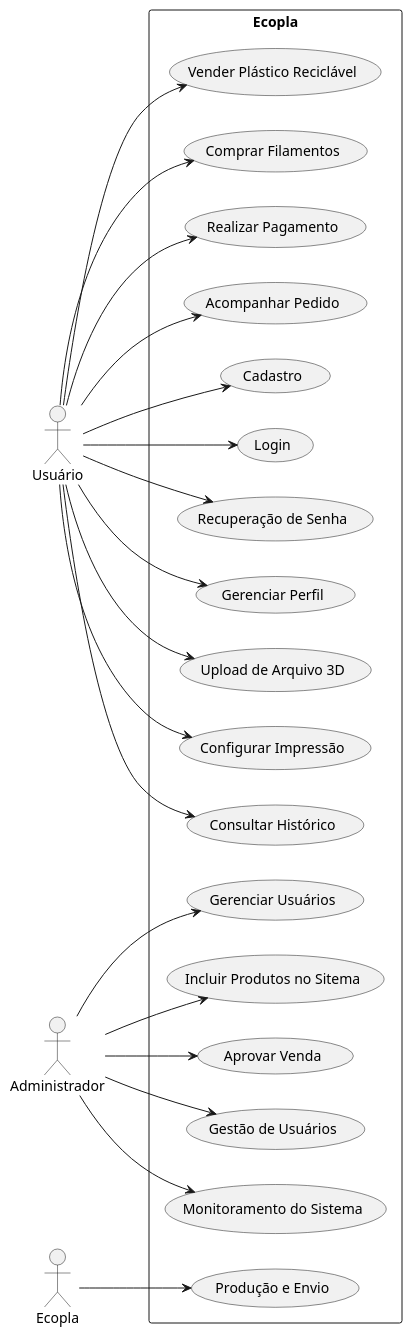
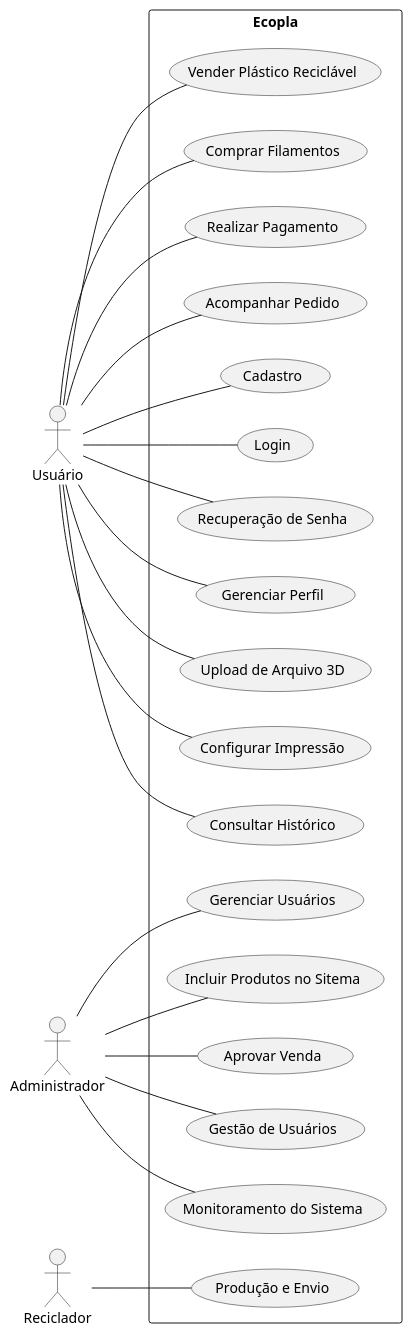
One commit to zjpza/Ecopla changed the diagram in Trabalho/Casos de uso/Geral.md. Above: the diagram before and after it, drawn with PlantUML. The commit also changed other lines of this file, not shown here.

```diff
--- a/Trabalho/Casos de uso/Geral.md
+++ b/Trabalho/Casos de uso/Geral.md
@@ -5,29 +6,28 @@
     @startuml
     left to right direction
-
+    
     actor "Usuário" as User
     actor "Administrador" as Admin
-    actor "Ecopla" as System
-
+    actor "Reciclador" as Reciclador
+    
     rectangle "Ecopla" {
-      User --> (Vender Plástico Reciclável)
-      User --> (Comprar Filamentos)
-      User --> (Realizar Pagamento)
-      User --> (Acompanhar Pedido)
-      User --> (Cadastro)
-      User --> (Login)
-      User --> (Recuperação de Senha)
-      User --> (Gerenciar Perfil)
-      User --> (Upload de Arquivo 3D)
-      User --> (Configurar Impressão)
-      User --> (Consultar Histórico)
-
-      Admin --> (Gerenciar Usuários)
-      Admin --> (Incluir Produtos no Sitema)
-      Admin --> (Aprovar Venda)
-      Admin --> (Gestão de Usuários)
-      Admin --> (Monitoramento do Sistema)
-
-      System --> (Produção e Envio)
-
-      @enduml
+      User -- (Vender Plástico Reciclável)
+      User -- (Comprar Filamentos)
+      User -- (Realizar Pagamento)
+      User -- (Acompanhar Pedido)
+      User -- (Cadastro)
+      User -- (Login)
+      User -- (Recuperação de Senha)
+      User -- (Gerenciar Perfil)
+      User -- (Upload de Arquivo 3D)
+      User -- (Configurar Impressão)
+      User -- (Consultar Histórico)
+    
+      Admin -- (Gerenciar Usuários)
+      Admin -- (Incluir Produtos no Sitema)
+      Admin -- (Aprovar Venda)
+      Admin -- (Gestão de Usuários)
+      Admin -- (Monitoramento do Sistema)
+    
+      Reciclador -- (Produção e Envio)
+    @enduml
```
